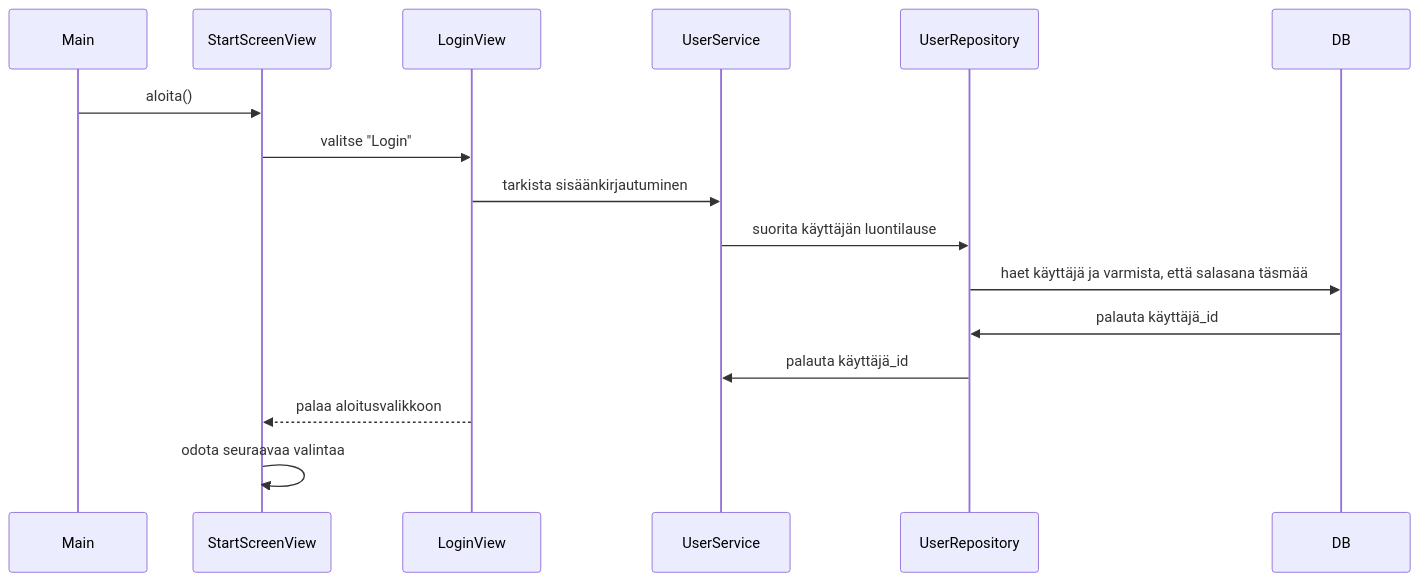
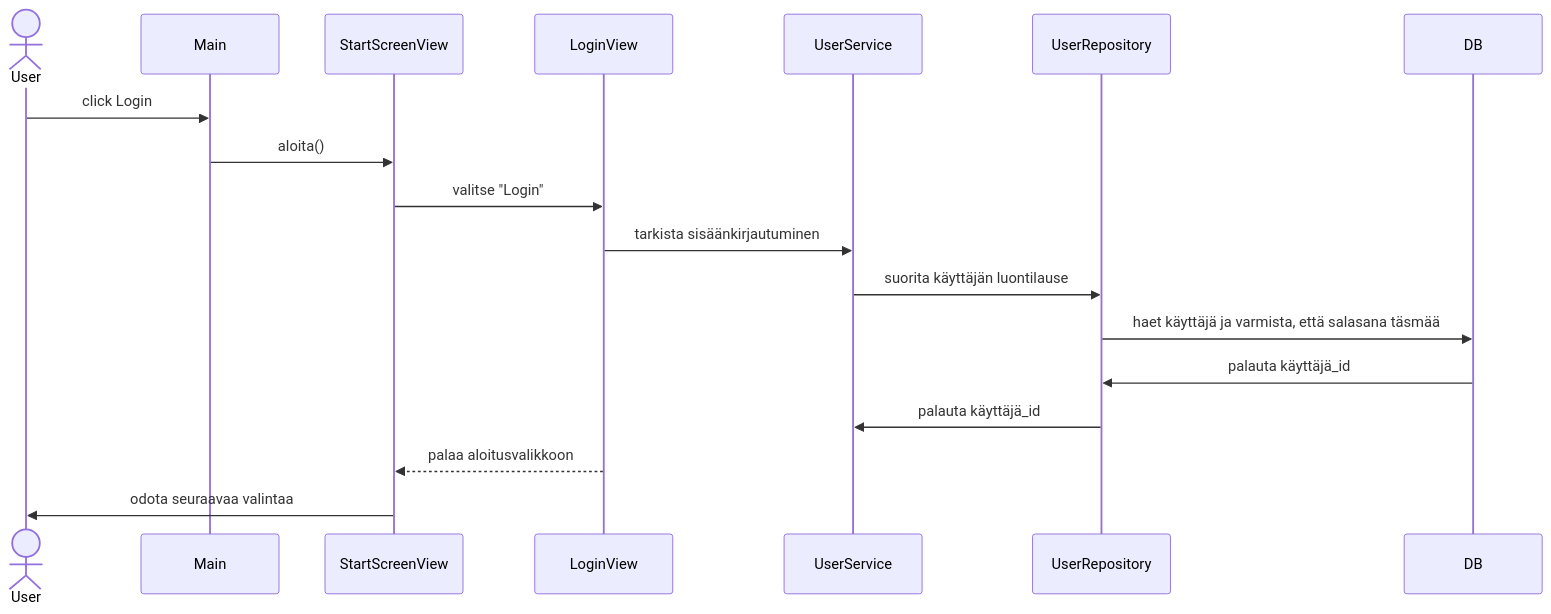
Diagram 12 of 20 in dokumentaatio/arkkitehtuuri.md (Tapir79/ot-harjoitustyo), drawn with Mermaid before and after one commit. The commit also changed other lines of this file and 1 other file, not shown here.

Commit message:
Update architecture

````diff
--- a/dokumentaatio/arkkitehtuuri.md
+++ b/dokumentaatio/arkkitehtuuri.md
@@ -319,21 +321,23 @@
 ```mermaid 
 sequenceDiagram
+    actor User
     participant Main
     participant StartScreenView
     participant LoginView
     participant UserService
     participant UserRepository
     participant DB
 
+    User->>Main: click Login
     Main->>StartScreenView: aloita()
     StartScreenView->>LoginView: valitse "Login"
     LoginView->>UserService: tarkista sisäänkirjautuminen
     UserService->>UserRepository: suorita käyttäjän luontilause
     UserRepository->>DB: haet käyttäjä ja varmista, että salasana täsmää
     DB->>UserRepository: palauta käyttäjä_id
     UserRepository->>UserService: palauta käyttäjä_id
     LoginView-->>StartScreenView: palaa aloitusvalikkoon
-    StartScreenView->>StartScreenView: odota seuraavaa valintaa
+    StartScreenView->>User: odota seuraavaa valintaa
 
 
 ```
````
